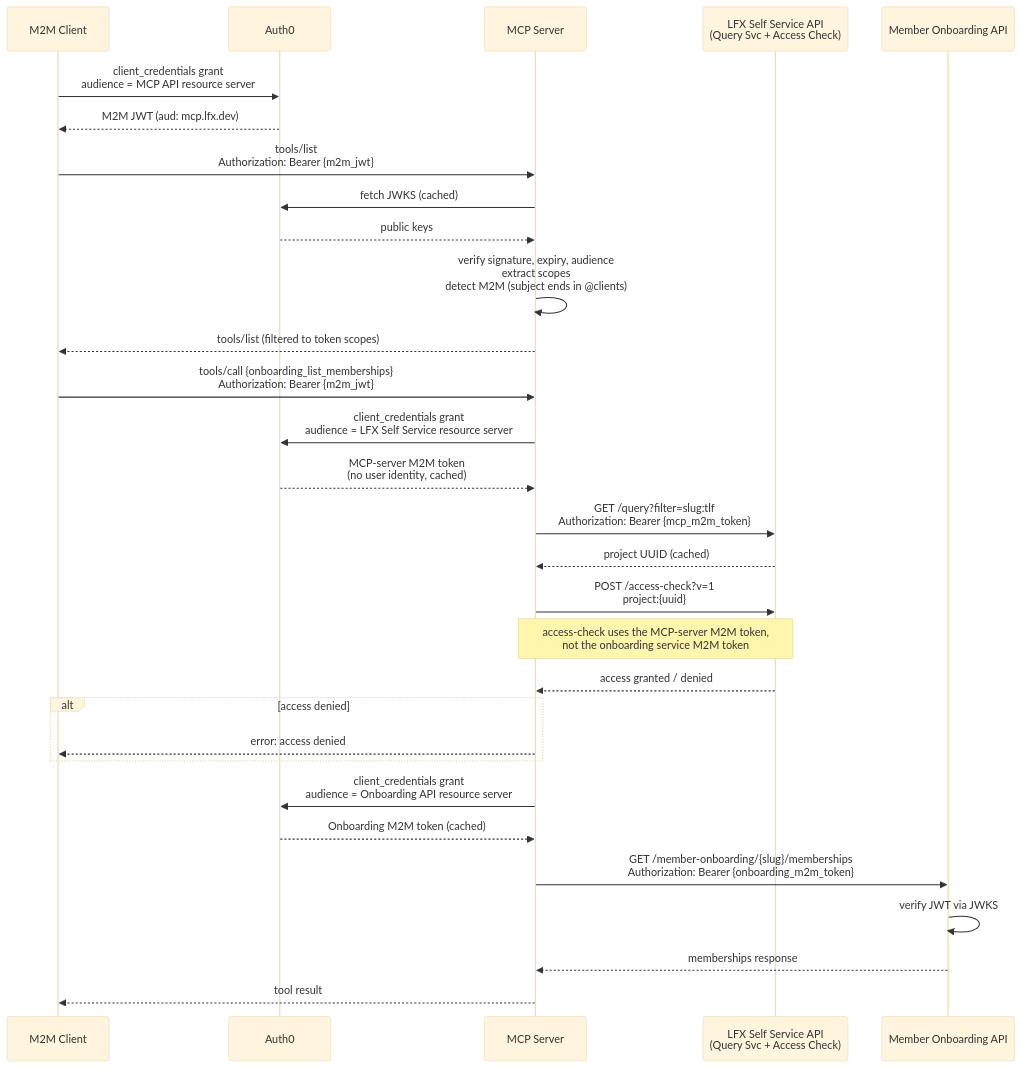
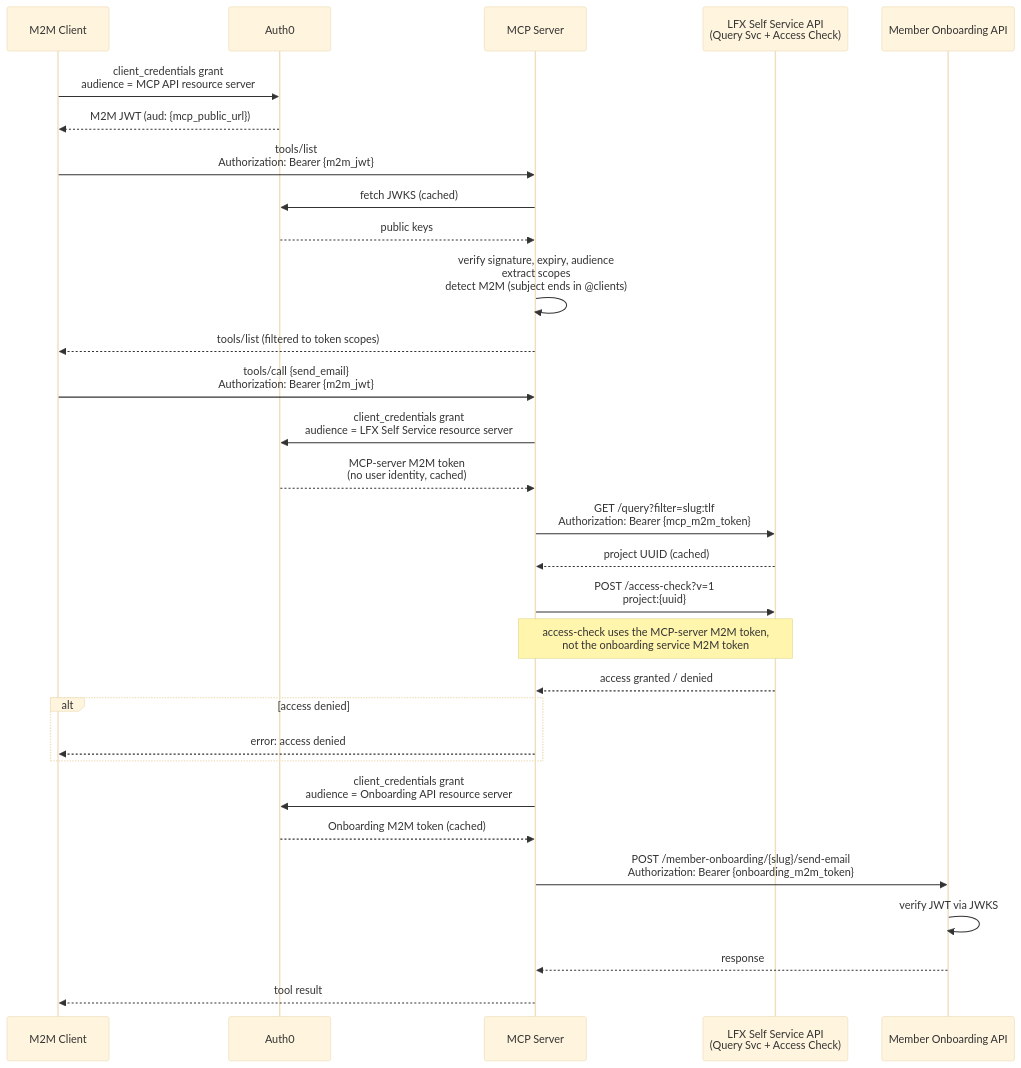
One commit to linuxfoundation/lfx-mcp changed the fifth of 5 diagrams in ARCHITECTURE.md. Above: the diagram before and after it, drawn with Mermaid (base theme). The commit also changed other lines of this file, not shown here.

First line of the commit message:
docs: address PR review comments on ARCHITECTURE.md

````diff
--- a/ARCHITECTURE.md
+++ b/ARCHITECTURE.md
@@ -272,41 +272,41 @@
 ```mermaid
 sequenceDiagram
     participant Client as M2M Client
     participant Auth0
     participant MCP as MCP Server
     participant LFX as LFX Self Service API<br />(Query Svc + Access Check)
     participant ONB as Member Onboarding API
 
     Client->>Auth0: client_credentials grant<br />audience = MCP API resource server
-    Auth0-->>Client: M2M JWT (aud: mcp.lfx.dev)
+    Auth0-->>Client: M2M JWT (aud: {mcp_public_url})
 
     Client->>MCP: tools/list<br />Authorization: Bearer {m2m_jwt}
     MCP->>Auth0: fetch JWKS (cached)
     Auth0-->>MCP: public keys
     MCP->>MCP: verify signature, expiry, audience<br />extract scopes<br />detect M2M (subject ends in @clients)
     MCP-->>Client: tools/list (filtered to token scopes)
 
-    Client->>MCP: tools/call {onboarding_list_memberships}<br />Authorization: Bearer {m2m_jwt}
+    Client->>MCP: tools/call {send_email}<br />Authorization: Bearer {m2m_jwt}
 
     MCP->>Auth0: client_credentials grant<br />audience = LFX Self Service resource server
     Auth0-->>MCP: MCP-server M2M token<br />(no user identity, cached)
 
     MCP->>LFX: GET /query?filter=slug:tlf<br />Authorization: Bearer {mcp_m2m_token}
     LFX-->>MCP: project UUID (cached)
 
     MCP->>LFX: POST /access-check?v=1<br />project:{uuid}#writer<br />Authorization: Bearer {mcp_m2m_token}
     Note over MCP,LFX: access-check uses the MCP-server M2M token,<br />not the onboarding service M2M token
     LFX-->>MCP: access granted / denied
 
     alt access denied
         MCP-->>Client: error: access denied
     end
 
     MCP->>Auth0: client_credentials grant<br />audience = Onboarding API resource server
     Auth0-->>MCP: Onboarding M2M token (cached)
 
-    MCP->>ONB: GET /member-onboarding/{slug}/memberships<br />Authorization: Bearer {onboarding_m2m_token}
+    MCP->>ONB: POST /member-onboarding/{slug}/send-email<br />Authorization: Bearer {onboarding_m2m_token}
     ONB->>ONB: verify JWT via JWKS
-    ONB-->>MCP: memberships response
+    ONB-->>MCP: response
     MCP-->>Client: tool result
 ```
````
